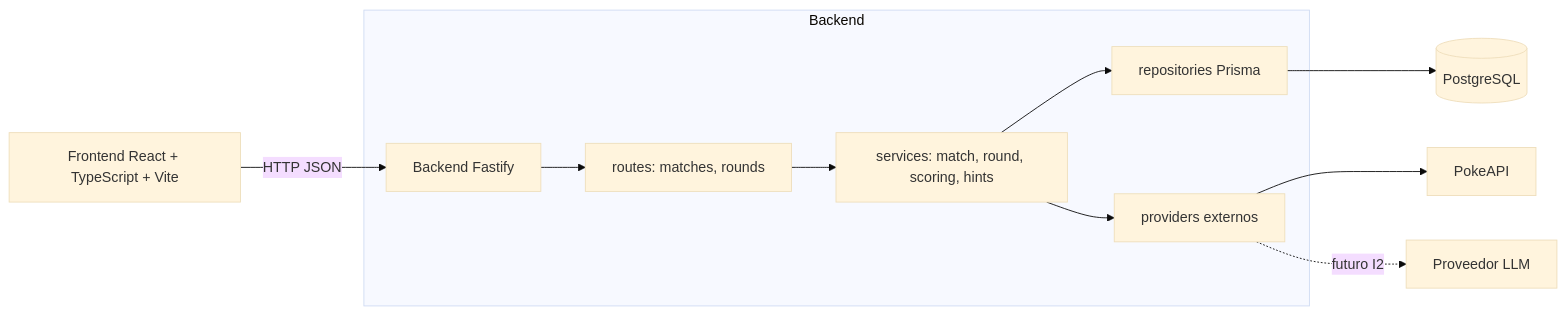
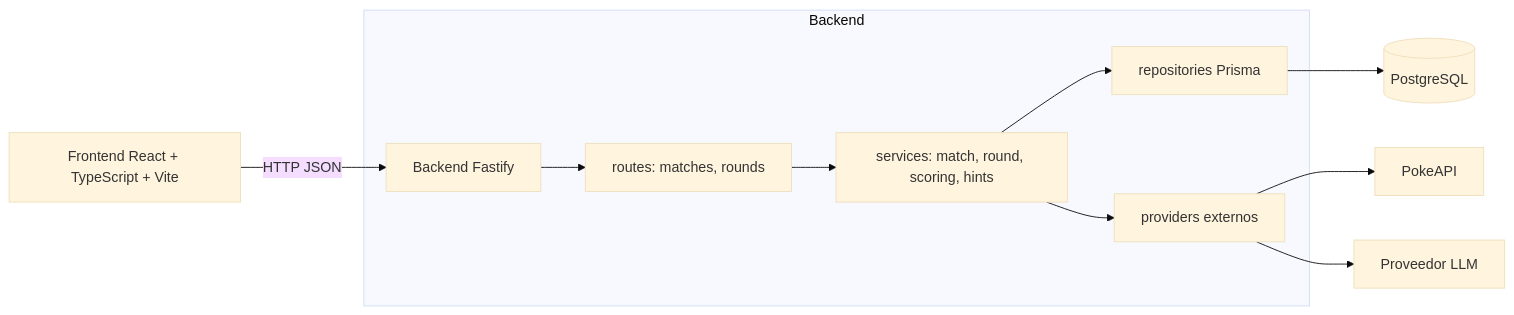
One commit to rkrautz10/Adivina_Personaje changed the diagram in docs/ARQUITECTURA.md. Above: the diagram before and after it, drawn with Mermaid (base theme). The commit also changed other lines of this file, not shown here.

Commit message:
docs: clarify architecture diagram labels

````diff
--- a/docs/ARQUITECTURA.md
+++ b/docs/ARQUITECTURA.md
@@ -53,15 +48,15 @@
 ```mermaid
 flowchart LR
   UI[Frontend React + TypeScript + Vite] -->|HTTP JSON| API[Backend Fastify]
 
   subgraph Backend
     API --> Routes[routes: matches, rounds]
     Routes --> Services[services: match, round, scoring, hints]
     Services --> Repos[repositories Prisma]
     Services --> Providers[providers externos]
   end
 
   Repos --> DB[(PostgreSQL)]
   Providers --> PokeAPI[PokeAPI]
-  Providers -. futuro I2 .-> LLM[Proveedor LLM]
+  Providers --> LLM[Proveedor LLM]
 ```
````
